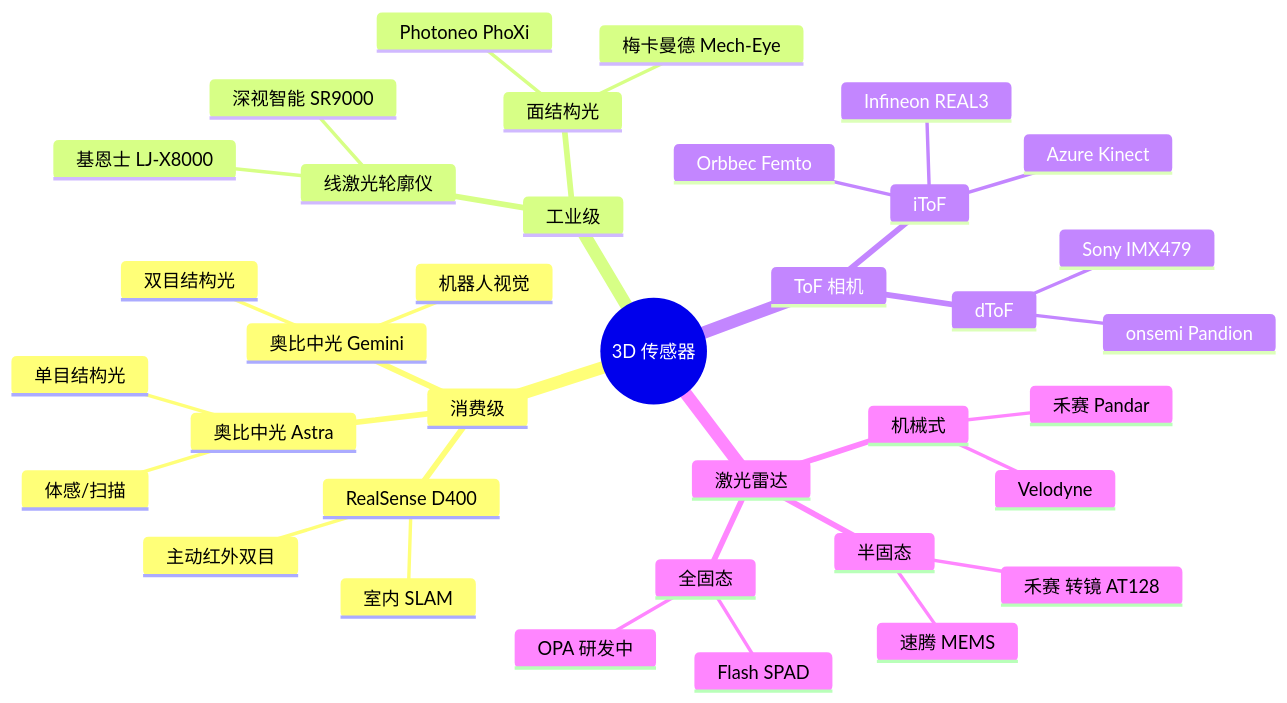
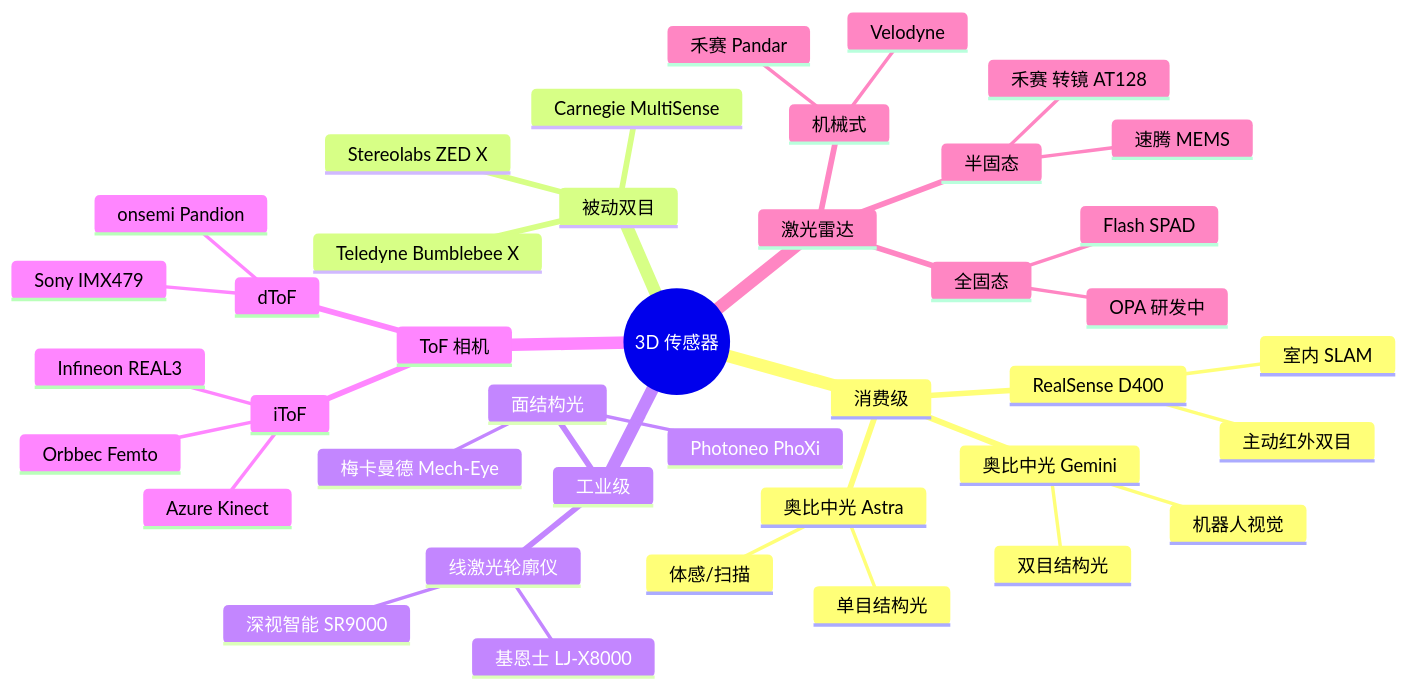
The first of 3 diagrams in src/00_basics/07_3d_cameras.md (dull-bird/book_3d_cv), drawn with Mermaid before and after one commit. The commit also changed other lines of this file, not shown here.

First line of the commit message:
feat: 新增被动双目相机章节（ZED X/Bumblebee X/MultiSense）

````diff
--- a/src/00_basics/07_3d_cameras.md
+++ b/src/00_basics/07_3d_cameras.md
@@ -42,39 +43,43 @@
 ```mermaid
 mindmap
   root((3D 传感器))
     消费级
       RealSense D400
         主动红外双目
         室内 SLAM
       奥比中光 Astra
         单目结构光
         体感/扫描
       奥比中光 Gemini
         双目结构光
         机器人视觉
+    被动双目
+      Stereolabs ZED X
+      Teledyne Bumblebee X
+      Carnegie MultiSense
     工业级
       线激光轮廓仪
         基恩士 LJ-X8000
         深视智能 SR9000
       面结构光
         Photoneo PhoXi
         梅卡曼德 Mech-Eye
     ToF 相机
       iToF
         Infineon REAL3
         Azure Kinect
         Orbbec Femto
       dToF
         Sony IMX479
         onsemi Pandion
     激光雷达
       机械式
         Velodyne
         禾赛 Pandar
       半固态
         速腾 MEMS
         禾赛 转镜 AT128
       全固态
         Flash SPAD
         OPA 研发中
 ```
````
